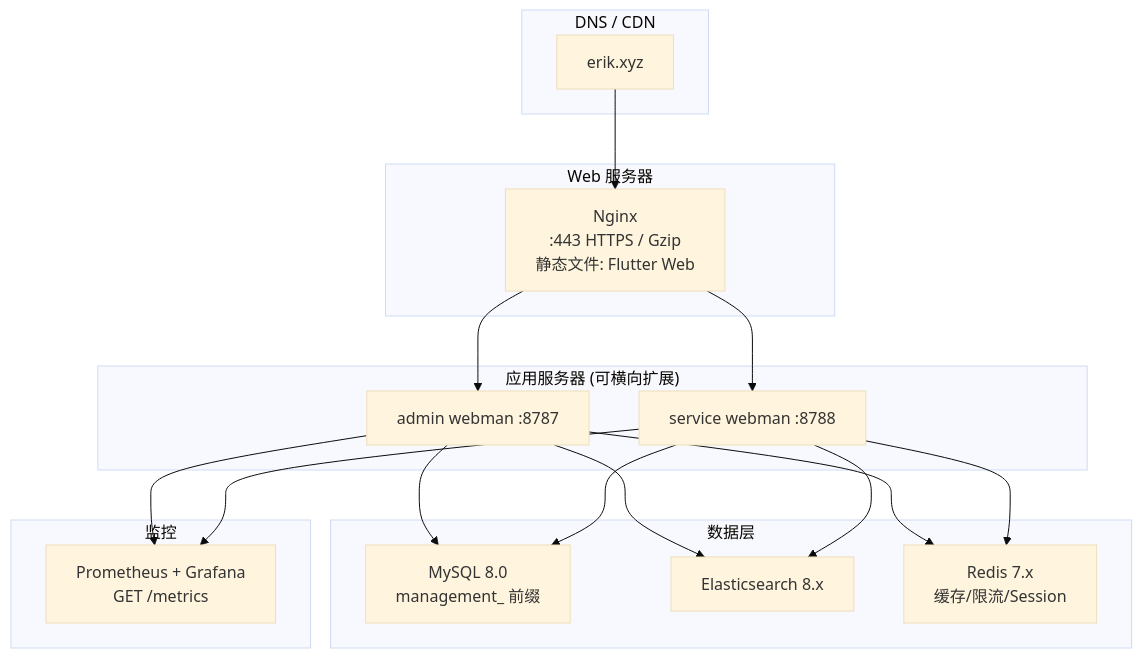
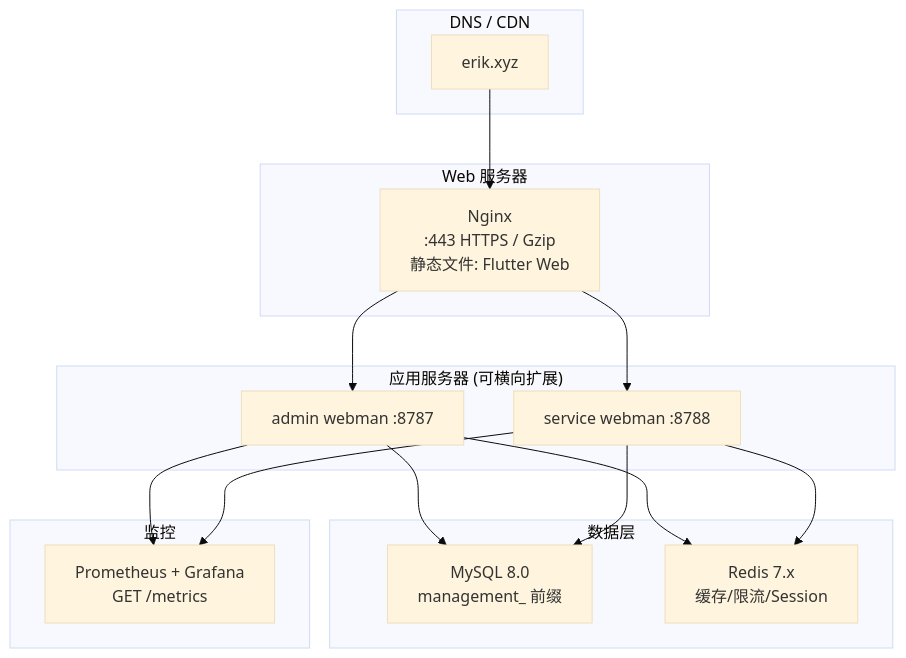
The ninth of 10 diagrams in docs/i18n/en/docs/ARCHITECTURE.md (erikwang2013/property-management-platform), drawn with Mermaid (base theme) before and after one commit. The commit also changed other lines of this file and 25 other files, not shown here.

Commit message:
文档：清理英文文档中的已移除功能与过时图示

````diff
--- a/docs/i18n/en/docs/ARCHITECTURE.md
+++ b/docs/i18n/en/docs/ARCHITECTURE.md
@@ -367,30 +365,29 @@
 ```mermaid
 flowchart TB
     subgraph "DNS / CDN"
         DNS["erik.xyz"]
     end
 
     subgraph "Web 服务器"
         NGX["Nginx<br/>:443 HTTPS / Gzip<br/>静态文件: Flutter Web"]
     end
 
     subgraph "应用服务器 (可横向扩展)"
         WM1["admin webman :8787"]
         WM2["service webman :8788"]
     end
 
     subgraph "数据层"
         MYSQL["MySQL 8.0<br/>management_ 前缀"]
-        ES["Elasticsearch 8.x"]
         REDIS["Redis 7.x<br/>缓存/限流/Session"]
     end
 
     subgraph "监控"
         MON["Prometheus + Grafana<br/>GET /metrics"]
     end
 
     DNS --> NGX
     NGX --> WM1 & WM2
-    WM1 & WM2 --> MYSQL & ES & REDIS
+    WM1 & WM2 --> MYSQL & REDIS
     WM1 & WM2 --> MON
 ```
````
